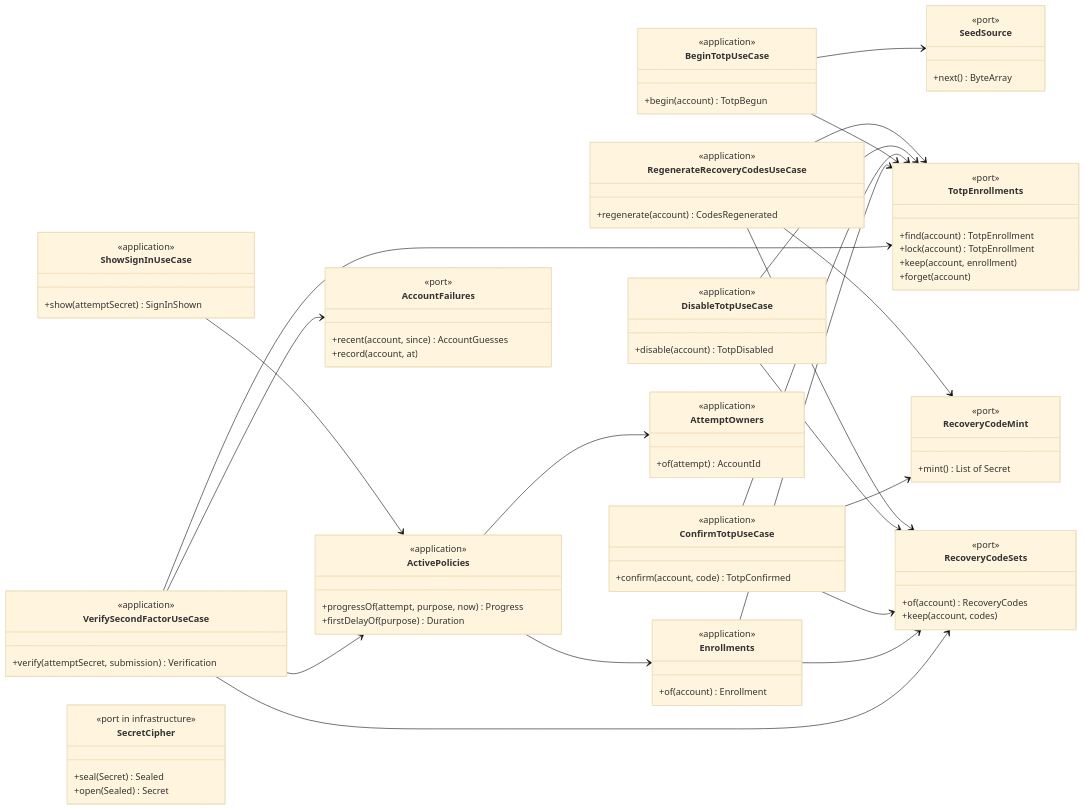
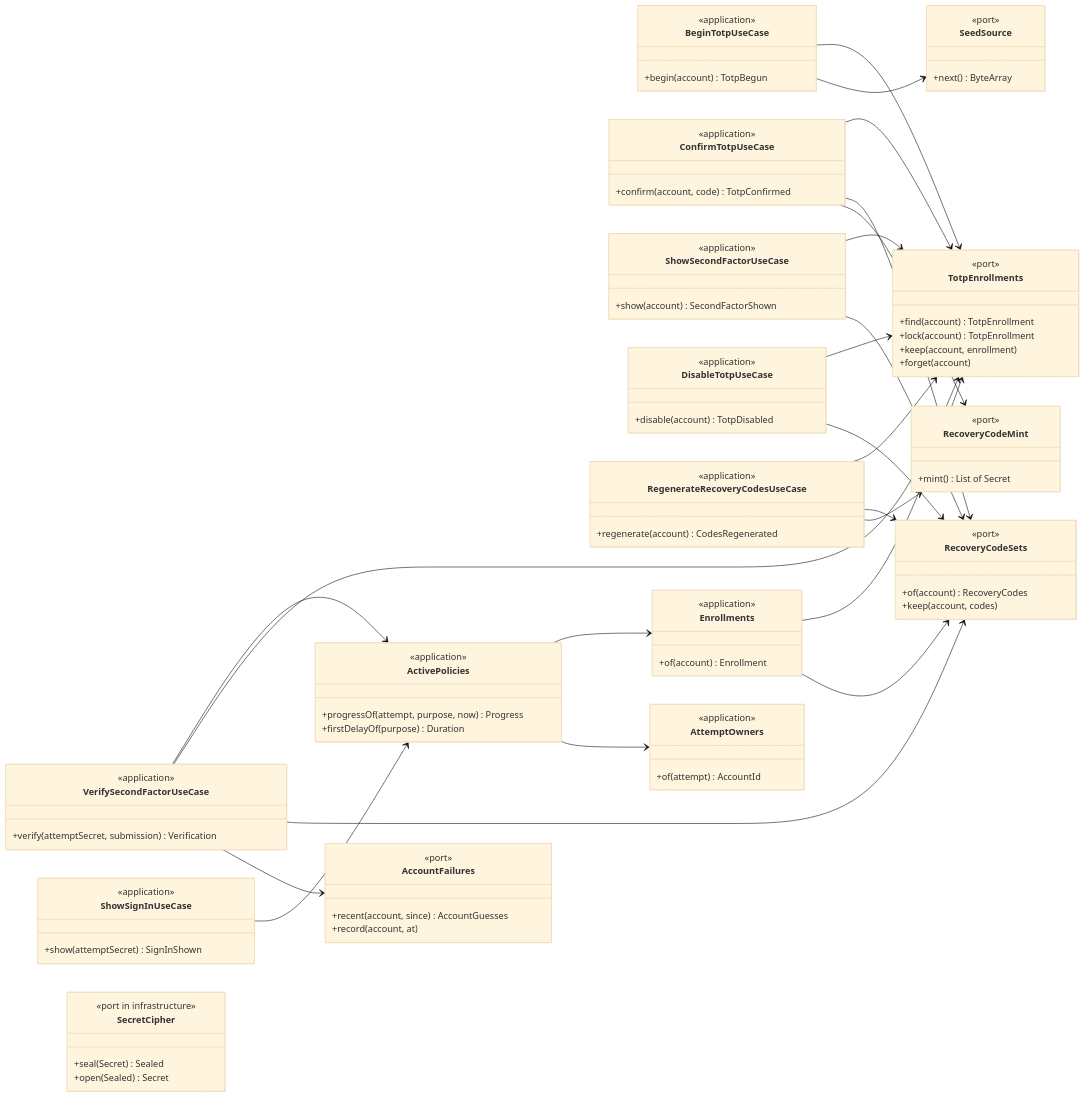
The sixth of 7 diagrams in docs/backend/03-authentication-slice-5b-totp.md (yuriisurzhykov/Tallyvane), drawn with Mermaid (base theme) before and after one commit. The commit also changed other lines of this file and 6 other files, not shown here.

First line of the commit message:
Show a person who set TOTP up again over a retired seed as retired, not off

```diff
--- a/docs/backend/03-authentication-slice-5b-totp.md
+++ b/docs/backend/03-authentication-slice-5b-totp.md
@@ -233,6 +266,10 @@
     class ConfirmTotpUseCase {
         <<application>>
         +confirm(account, code) TotpConfirmed
+    }
+    class ShowSecondFactorUseCase {
+        <<application>>
+        +show(account) SecondFactorShown
     }
     class DisableTotpUseCase {
         <<application>>
@@ -299,6 +336,8 @@
     ConfirmTotpUseCase --> TotpEnrollments
     ConfirmTotpUseCase --> RecoveryCodeSets
     ConfirmTotpUseCase --> RecoveryCodeMint
+    ShowSecondFactorUseCase --> TotpEnrollments
+    ShowSecondFactorUseCase --> RecoveryCodeSets
     DisableTotpUseCase --> TotpEnrollments
     DisableTotpUseCase --> RecoveryCodeSets
     RegenerateRecoveryCodesUseCase --> TotpEnrollments
```
